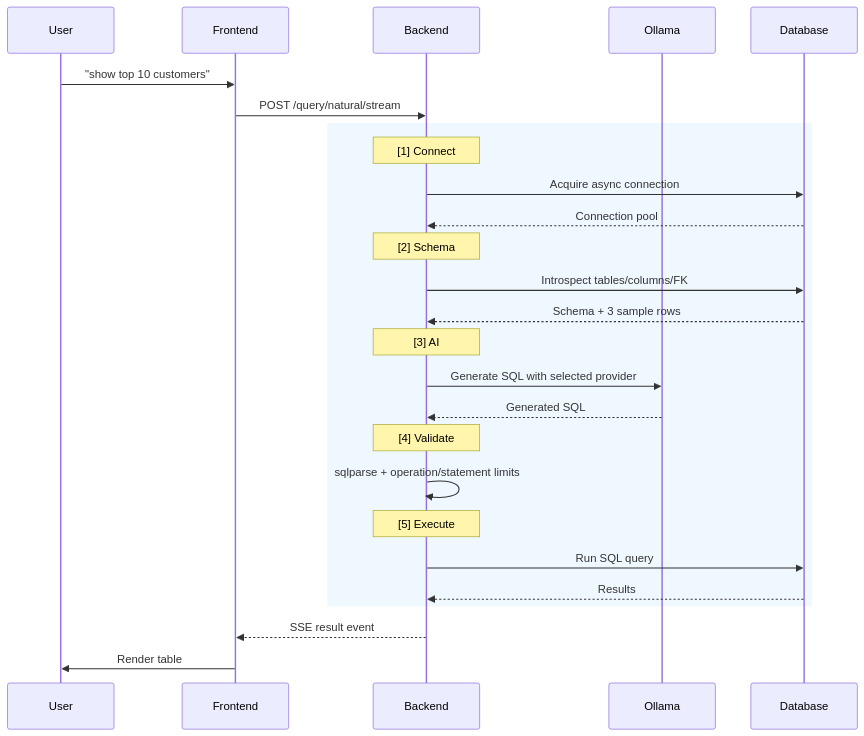
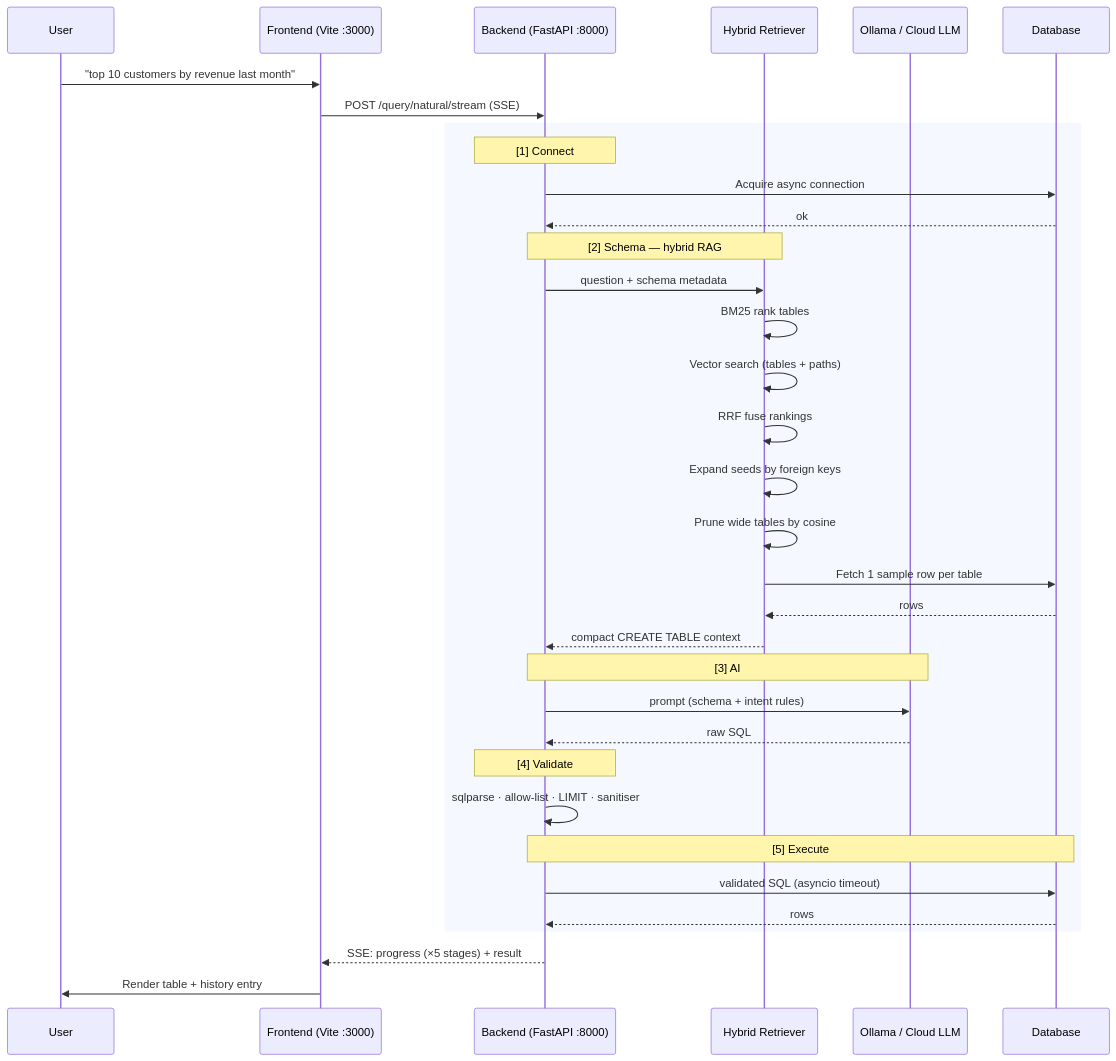
One commit to jmanoj0905/natural-language-sql changed the diagram in README.md. Above: the diagram before and after it, drawn with Mermaid. The commit also changed other lines of this file and 41 other files, not shown here.

Commit message:
new rag pipeline, testing, hybrid graph retrieval

````diff
--- a/README.md
+++ b/README.md
@@ -219,35 +74,43 @@
 ```mermaid
 sequenceDiagram
     participant U as User
-    participant F as Frontend
-    participant B as Backend
-    participant O as Ollama
+    participant F as Frontend (Vite :3000)
+    participant B as Backend (FastAPI :8000)
+    participant R as Hybrid Retriever
+    participant O as Ollama / Cloud LLM
     participant D as Database
 
-    U->>F: "show top 10 customers"
-    F->>B: POST /query/natural/stream
-    
-    rect rgb(240, 248, 255)
+    U->>F: "top 10 customers by revenue last month"
+    F->>B: POST /query/natural/stream (SSE)
+
+    rect rgb(245, 248, 255)
         Note over B: [1] Connect
         B->>D: Acquire async connection
-        D-->>B: Connection pool
-        
-        Note over B: [2] Schema
-        B->>D: Introspect tables/columns/FK
-        D-->>B: Schema + 3 sample rows
-        
-        Note over B: [3] AI
-        B->>O: Generate SQL with selected provider
-        O-->>B: Generated SQL
-        
+        D-->>B: ok
+
+        Note over B,R: [2] Schema — hybrid RAG
+        B->>R: question + schema metadata
+        R->>R: BM25 rank tables
+        R->>R: Vector search (tables + paths)
+        R->>R: RRF fuse rankings
+        R->>R: Expand seeds by foreign keys
+        R->>R: Prune wide tables by cosine
+        R->>D: Fetch 1 sample row per table
+        D-->>R: rows
+        R-->>B: compact CREATE TABLE context
+
+        Note over B,O: [3] AI
+        B->>O: prompt (schema + intent rules)
+        O-->>B: raw SQL
+
         Note over B: [4] Validate
-        B->>B: sqlparse + operation/statement limits
-        
-        Note over B: [5] Execute
-        B->>D: Run SQL query
-        D-->>B: Results
+        B->>B: sqlparse · allow-list · LIMIT · sanitiser
+
+        Note over B,D: [5] Execute
+        B->>D: validated SQL (asyncio timeout)
+        D-->>B: rows
     end
-    
-    B-->>F: SSE result event
-    F->>U: Render table
+
+    B-->>F: SSE: progress (×5 stages) + result
+    F->>U: Render table + history entry
 ```
````
